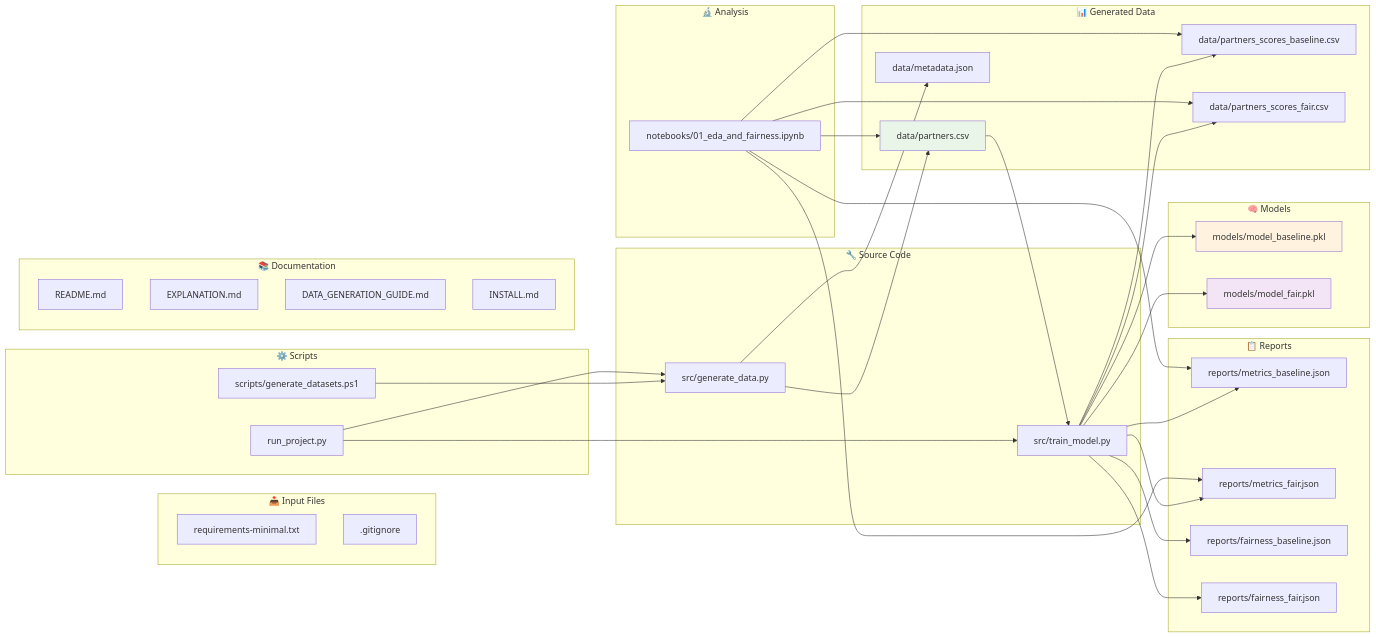
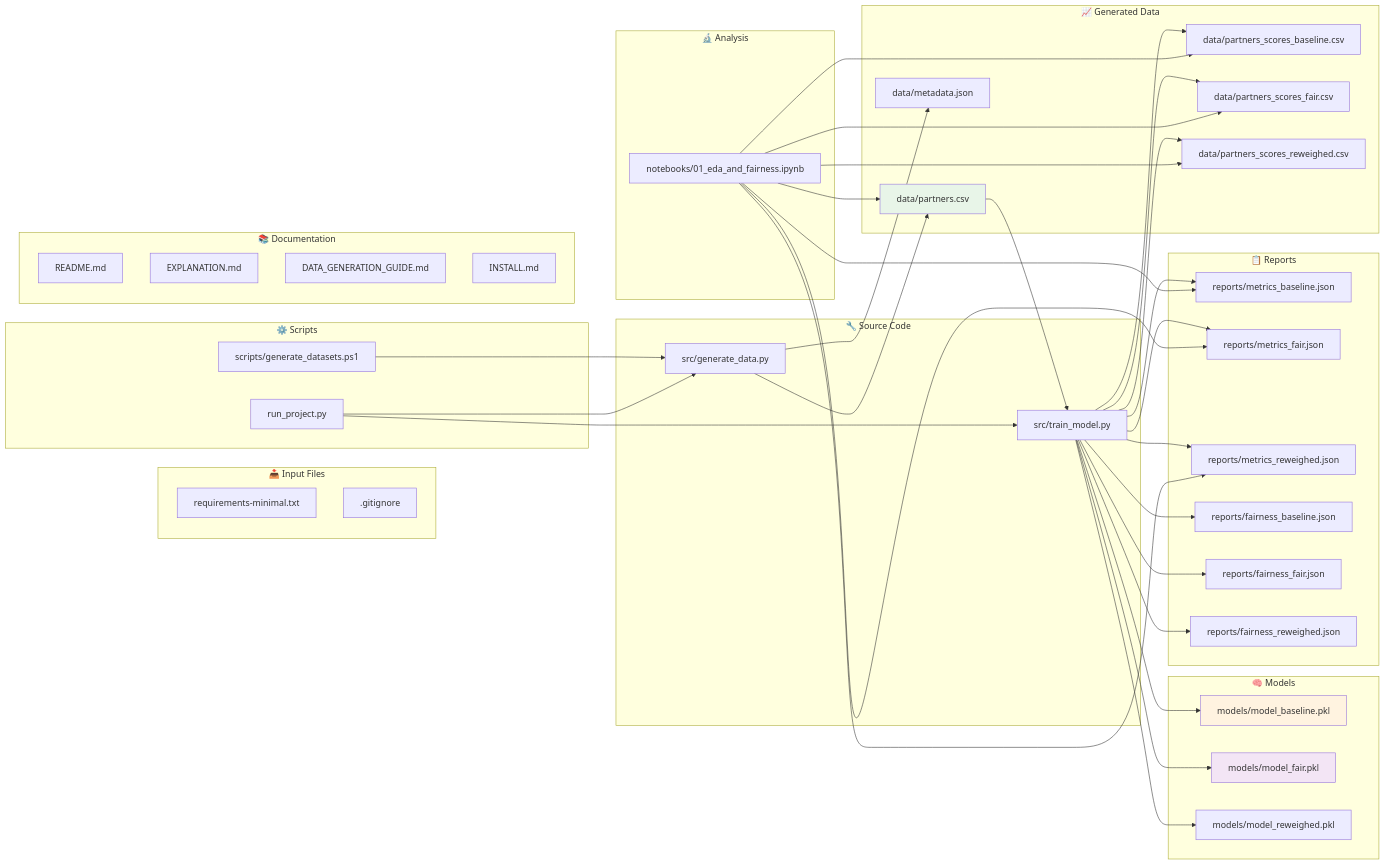
Before and after one commit to anibjee/project-nova-credit-scoring: the eighth of 9 diagrams in PROJECT_NOVA_FLOWCHART.md, drawn with Mermaid. The commit also changed other lines of this file and 13 other files, not shown here.

First line of the commit message:
Update flowchart with correct three-model approval rates

```diff
--- a/PROJECT_NOVA_FLOWCHART.md
+++ b/PROJECT_NOVA_FLOWCHART.md
@@ -591,23 +604,27 @@
         INSTALL[INSTALL.md]
     end
     
-    subgraph "📊 Generated Data"
+    subgraph "📈 Generated Data"
         PARTNERS[data/partners.csv]
         SCORES_BASE[data/partners_scores_baseline.csv]
         SCORES_FAIR[data/partners_scores_fair.csv]
+        SCORES_REW[data/partners_scores_reweighed.csv]
         METADATA[data/metadata.json]
     end
     
     subgraph "🧠 Models"
         MODEL_BASE[models/model_baseline.pkl]
         MODEL_FAIR[models/model_fair.pkl]
+        MODEL_REW[models/model_reweighed.pkl]
     end
     
     subgraph "📋 Reports"
         METRICS_BASE[reports/metrics_baseline.json]
         METRICS_FAIR[reports/metrics_fair.json]
+        METRICS_REW[reports/metrics_reweighed.json]
         FAIRNESS_BASE[reports/fairness_baseline.json]
         FAIRNESS_FAIR[reports/fairness_fair.json]
+        FAIRNESS_REW[reports/fairness_reweighed.json]
     end
     
     subgraph "🔬 Analysis"
@@ -625,20 +642,26 @@
     
     TRAIN_PY --> MODEL_BASE
     TRAIN_PY --> MODEL_FAIR
+    TRAIN_PY --> MODEL_REW
     TRAIN_PY --> SCORES_BASE
     TRAIN_PY --> SCORES_FAIR
+    TRAIN_PY --> SCORES_REW
     TRAIN_PY --> METRICS_BASE
     TRAIN_PY --> METRICS_FAIR
+    TRAIN_PY --> METRICS_REW
     TRAIN_PY --> FAIRNESS_BASE
     TRAIN_PY --> FAIRNESS_FAIR
+    TRAIN_PY --> FAIRNESS_REW
     
     PARTNERS --> TRAIN_PY
     
     NOTEBOOK --> PARTNERS
     NOTEBOOK --> SCORES_BASE
     NOTEBOOK --> SCORES_FAIR
+    NOTEBOOK --> SCORES_REW
     NOTEBOOK --> METRICS_BASE
     NOTEBOOK --> METRICS_FAIR
+    NOTEBOOK --> METRICS_REW
     
     style PARTNERS fill:#e8f5e8
     style MODEL_BASE fill:#fff3e0
```
